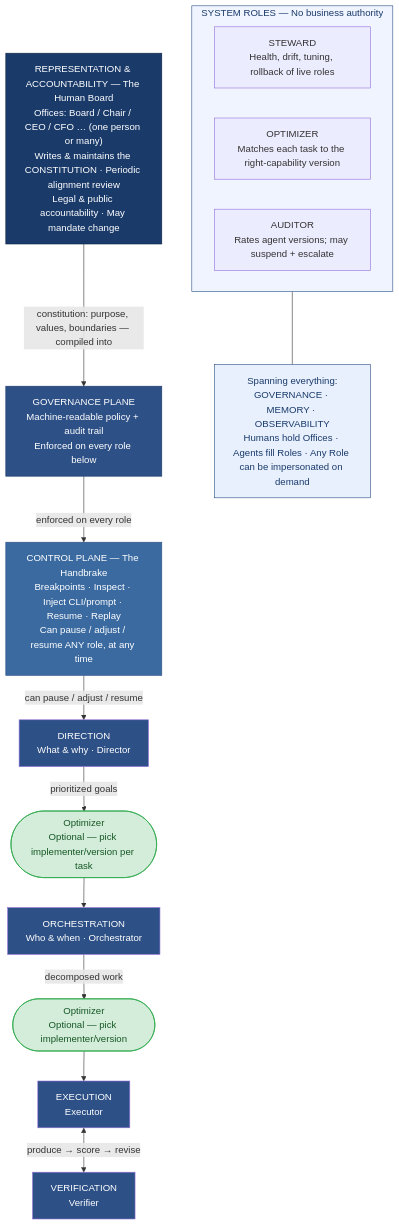
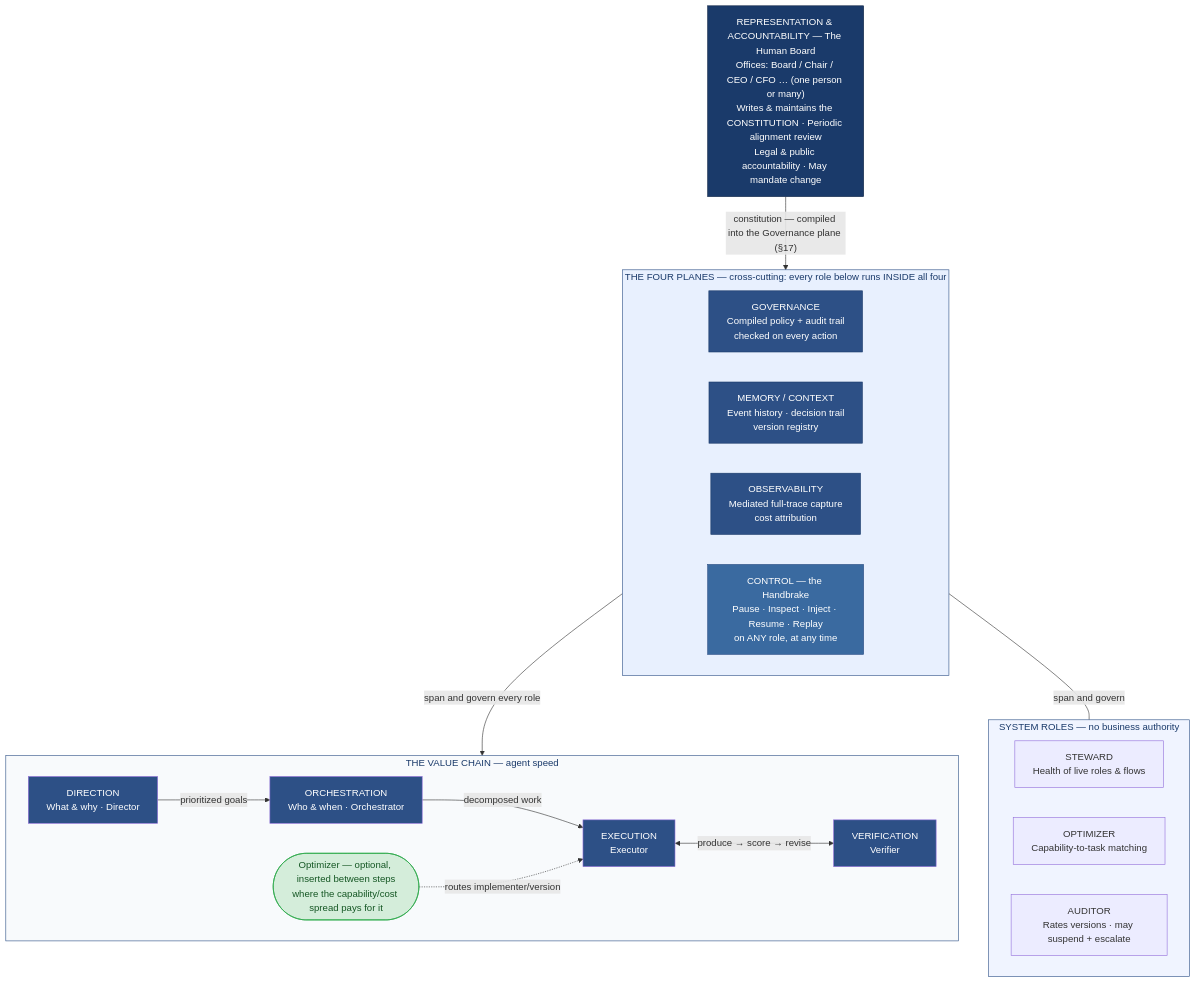
The second of 9 diagrams in README.md (MihaiCiprianChezan/Agentic-First-Enterprises), drawn with Mermaid before and after one commit. The commit also changed other lines of this file and 1 other file, not shown here.

First line of the commit message:
v2.0.0 — review pass: contradictions fixed, claims evidenced, missing chapters, conformance apparatus

````diff
--- a/README.md
+++ b/README.md
@@ -348,42 +388,48 @@
 ```mermaid
 flowchart TD
-    BOARD["REPRESENTATION & ACCOUNTABILITY — The Human Board\nOffices: Board / Chair / CEO / CFO … (one person or many)\nWrites & maintains the CONSTITUTION · Periodic alignment review\nLegal & public accountability · May mandate change"]
-    GOV["GOVERNANCE PLANE\nMachine-readable policy + audit trail\nEnforced on every role below"]
-    CTRL["CONTROL PLANE — The Handbrake\nBreakpoints · Inspect · Inject CLI/prompt · Resume · Replay\nCan pause / adjust / resume ANY role, at any time"]
-    DIR["DIRECTION\nWhat & why · Director"]
-    OPT1(["Optimizer\nOptional — pick implementer/version per task"])
-    ORCH["ORCHESTRATION\nWho & when · Orchestrator"]
-    OPT2(["Optimizer\nOptional — pick implementer/version"])
-    EXEC["EXECUTION\nExecutor"]
-    VERIF["VERIFICATION\nVerifier"]
+    BOARD["REPRESENTATION & ACCOUNTABILITY — The Human Board<br/>Offices: Board / Chair / CEO / CFO … (one person or many)<br/>Writes & maintains the CONSTITUTION · Periodic alignment review<br/>Legal & public accountability · May mandate change"]
 
-    subgraph SYS["SYSTEM ROLES — No business authority"]
-        STWD["STEWARD\nHealth, drift, tuning, rollback of live roles"]
-        OPTIM["OPTIMIZER\nMatches each task to the right-capability version"]
-        AUDIT["AUDITOR\nRates agent versions; may suspend + escalate"]
+    subgraph PLANES["THE FOUR PLANES — cross-cutting: every role below runs INSIDE all four"]
+        direction LR
+        GOV["GOVERNANCE<br/>Compiled policy + audit trail<br/>checked on every action"]
+        MEM["MEMORY / CONTEXT<br/>Event history · decision trail<br/>version registry"]
+        OBS["OBSERVABILITY<br/>Mediated full-trace capture<br/>cost attribution"]
+        CTRL["CONTROL — the Handbrake<br/>Pause · Inspect · Inject · Resume · Replay<br/>on ANY role, at any time"]
     end
 
-    SPAN["Spanning everything:\nGOVERNANCE · MEMORY · OBSERVABILITY\nHumans hold Offices · Agents fill Roles · Any Role can be impersonated on demand"]
+    subgraph CHAIN["THE VALUE CHAIN — agent speed"]
+        DIR["DIRECTION<br/>What & why · Director"]
+        ORCH["ORCHESTRATION<br/>Who & when · Orchestrator"]
+        EXEC["EXECUTION<br/>Executor"]
+        VERIF["VERIFICATION<br/>Verifier"]
+        OPT(["Optimizer — optional, inserted between steps<br/>where the capability/cost spread pays for it"])
+    end
 
-    BOARD -->|"constitution: purpose, values, boundaries — compiled into"| GOV
-    GOV -->|enforced on every role| CTRL
-    CTRL -->|can pause / adjust / resume| DIR
-    DIR -->|prioritized goals| OPT1
-    OPT1 --> ORCH
-    ORCH -->|decomposed work| OPT2
-    OPT2 --> EXEC
+    subgraph SYS["SYSTEM ROLES — no business authority"]
+        STWD["STEWARD<br/>Health of live roles & flows"]
+        OPTIM["OPTIMIZER<br/>Capability-to-task matching"]
+        AUDIT["AUDITOR<br/>Rates versions · may suspend + escalate"]
+    end
+
+    BOARD -->|"constitution — compiled into the Governance plane (§17)"| PLANES
+    PLANES -->|"span and govern every role"| CHAIN
+    PLANES ---|"span and govern"| SYS
+    DIR -->|"prioritized goals"| ORCH
+    ORCH -->|"decomposed work"| EXEC
     EXEC <-->|"produce → score → revise"| VERIF
-    SYS --- SPAN
+    OPT -.->|"routes implementer/version"| EXEC
 
     style BOARD fill:#1a3a6a,color:#fff,stroke:#0d2244
+    style PLANES fill:#e8f0fe,stroke:#2d5086,color:#1a3a6a
     style GOV fill:#2d5086,color:#fff,stroke:#1a3a6a
+    style MEM fill:#2d5086,color:#fff,stroke:#1a3a6a
+    style OBS fill:#2d5086,color:#fff,stroke:#1a3a6a
     style CTRL fill:#3a6aa0,color:#fff,stroke:#2d5086
+    style CHAIN fill:#f8fafc,stroke:#2d5086,color:#1a3a6a
     style DIR fill:#2d5086,color:#fff
     style ORCH fill:#2d5086,color:#fff
     style EXEC fill:#2d5086,color:#fff
     style VERIF fill:#2d5086,color:#fff
-    style OPT1 fill:#d4edda,stroke:#28a745,color:#155724
-    style OPT2 fill:#d4edda,stroke:#28a745,color:#155724
+    style OPT fill:#d4edda,stroke:#28a745,color:#155724
     style SYS fill:#f0f4ff,stroke:#2d5086,color:#1a3a6a
-    style SPAN fill:#e8f0fe,stroke:#2d5086,color:#1a3a6a
 ```
````
